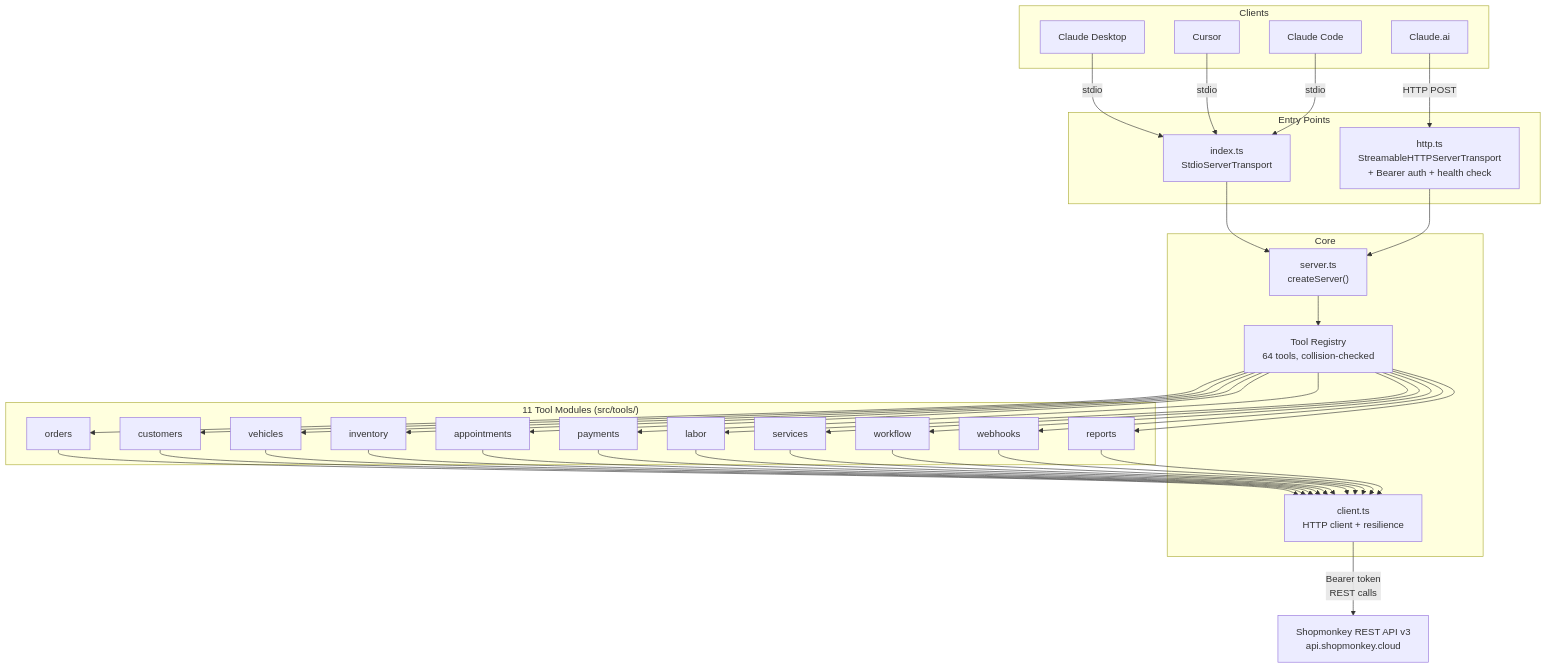
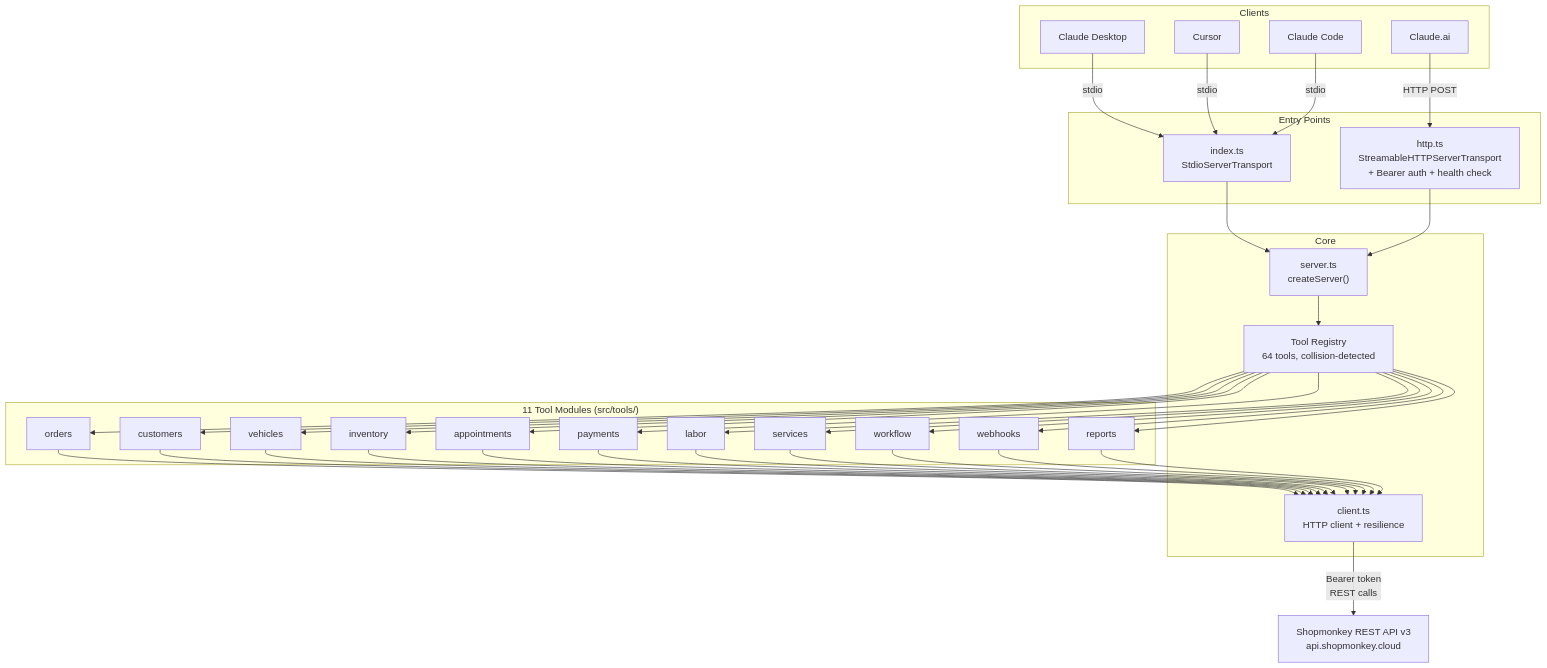
Before and after one commit to AbbottDevelopments/shopmonkey-mcp-server: the diagram in docs/architecture.md, drawn with Mermaid. The commit also changed other lines of this file and 5 other files, not shown here.

````diff
--- a/docs/architecture.md
+++ b/docs/architecture.md
@@ -15,46 +15,46 @@
 ```mermaid
 flowchart TB
     subgraph Clients
         CD[Claude Desktop]
         CU[Cursor]
         CC[Claude Code]
         CA[Claude.ai]
     end
 
     subgraph Entry Points
         STDIO["index.ts<br/>StdioServerTransport"]
         HTTP["http.ts<br/>StreamableHTTPServerTransport<br/>+ Bearer auth + health check"]
     end
 
     subgraph Core
         SRV["server.ts<br/>createServer()"]
-        REG["Tool Registry<br/>64 tools, collision-checked"]
+        REG["Tool Registry<br/>64 tools, collision-detected"]
         CLIENT["client.ts<br/>HTTP client + resilience"]
     end
 
     subgraph Tool Modules ["11 Tool Modules (src/tools/)"]
         ORD[orders]
         CUST[customers]
         VEH[vehicles]
         INV[inventory]
         APT[appointments]
         PAY[payments]
         LAB[labor]
         SVC[services]
         WF[workflow]
         WH[webhooks]
         RPT[reports]
     end
 
     API["Shopmonkey REST API v3<br/>api.shopmonkey.cloud"]
 
     CD & CU & CC -->|stdio| STDIO
     CA -->|HTTP POST| HTTP
 
     STDIO --> SRV
     HTTP --> SRV
     SRV --> REG
     REG --> ORD & CUST & VEH & INV & APT & PAY & LAB & SVC & WF & WH & RPT
     ORD & CUST & VEH & INV & APT & PAY & LAB & SVC & WF & WH & RPT --> CLIENT
     CLIENT -->|"Bearer token<br/>REST calls"| API
 ```
````
